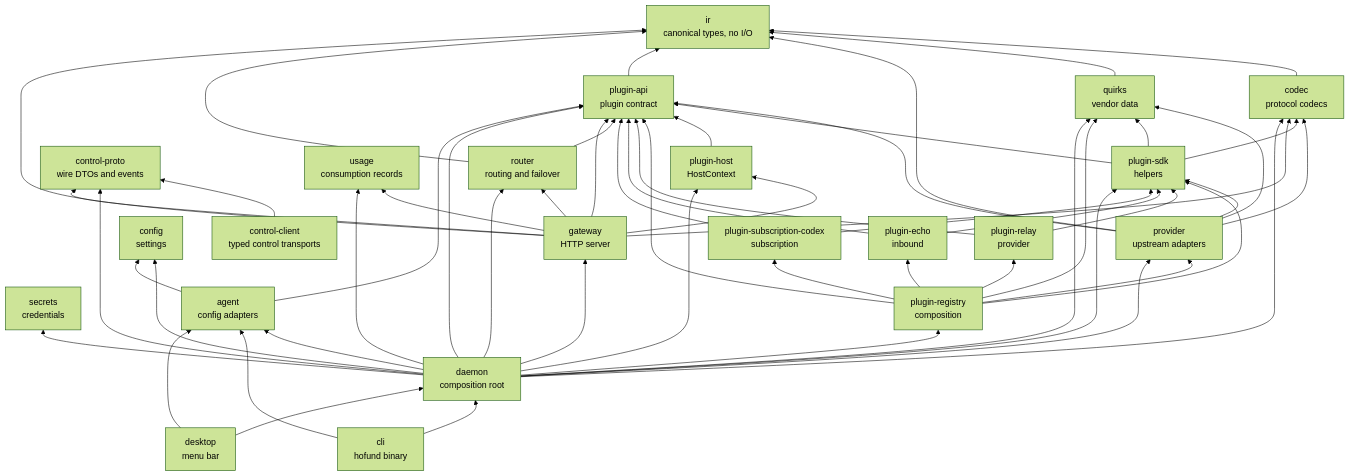
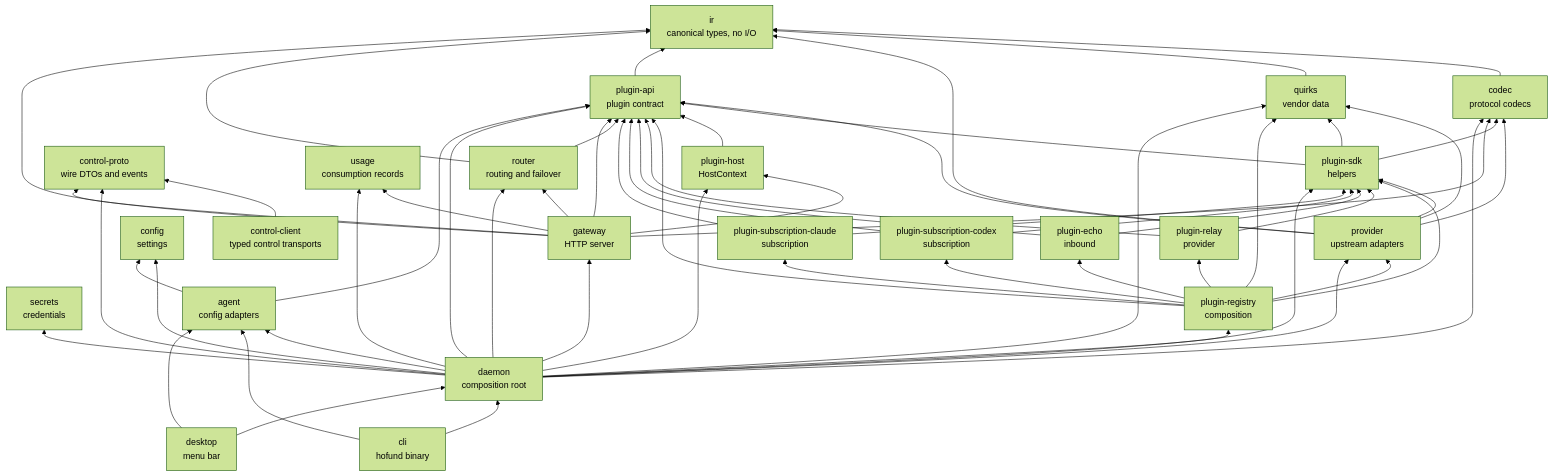
The diagram in docs/architecture.md (logibricks-io/open-heimdall-hofund), drawn with Mermaid (forest theme) before and after one commit. The commit also changed other lines of this file and 26 other files, not shown here.

First line of the commit message:
Claude Code subscription: bridge sign-in and account refresh (H5)

```diff
--- a/docs/architecture.md
+++ b/docs/architecture.md
@@ -57,6 +57,7 @@
   pluginRelay["plugin-relay<br/>provider"]
   pluginEcho["plugin-echo<br/>inbound"]
   pluginCodex["plugin-subscription-codex<br/>subscription"]
+  pluginClaude["plugin-subscription-claude<br/>subscription"]
   gateway["gateway<br/>HTTP server"]
   daemon["daemon<br/>composition root"]
   cli["cli<br/>hofund binary"]
@@ -79,6 +80,7 @@
   pluginRegistry --> pluginRelay
   pluginRegistry --> pluginEcho
   pluginRegistry --> pluginCodex
+  pluginRegistry --> pluginClaude
   pluginRegistry --> provider
   pluginRegistry --> quirks
   pluginRelay --> pluginApi
@@ -87,6 +89,8 @@
   pluginEcho --> pluginSdk
   pluginCodex --> pluginApi
   pluginCodex --> pluginSdk
+  pluginClaude --> pluginApi
+  pluginClaude --> pluginSdk
   router --> pluginApi
   router --> ir
   gateway --> router
```
